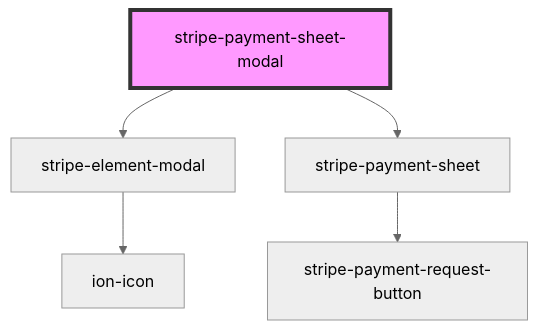
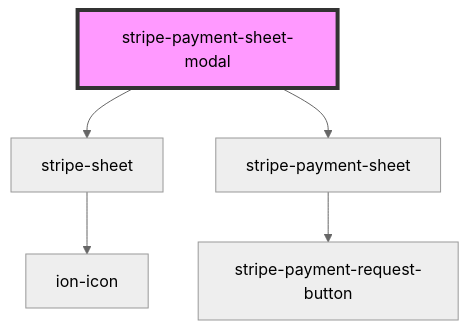
The diagram in src/components/stripe-payment-sheet-modal/readme.md (wpkyoto/stripe-pwa-elements), drawn with Mermaid (neutral theme) before and after one commit. The commit also changed other lines of this file and 10 other files, not shown here.

Commit message:
breaking-change: rename from stripe-payment-modal to stripe-sheet

````diff
--- a/src/components/stripe-payment-sheet-modal/readme.md
+++ b/src/components/stripe-payment-sheet-modal/readme.md
@@ -90,8 +91,8 @@
 ```mermaid
 graph TD;
-  stripe-payment-sheet-modal --> stripe-element-modal
+  stripe-payment-sheet-modal --> stripe-sheet
   stripe-payment-sheet-modal --> stripe-payment-sheet
-  stripe-element-modal --> ion-icon
+  stripe-sheet --> ion-icon
   stripe-payment-sheet --> stripe-payment-request-button
   style stripe-payment-sheet-modal fill:#f9f,stroke:#333,stroke-width:4px
 ```
````
